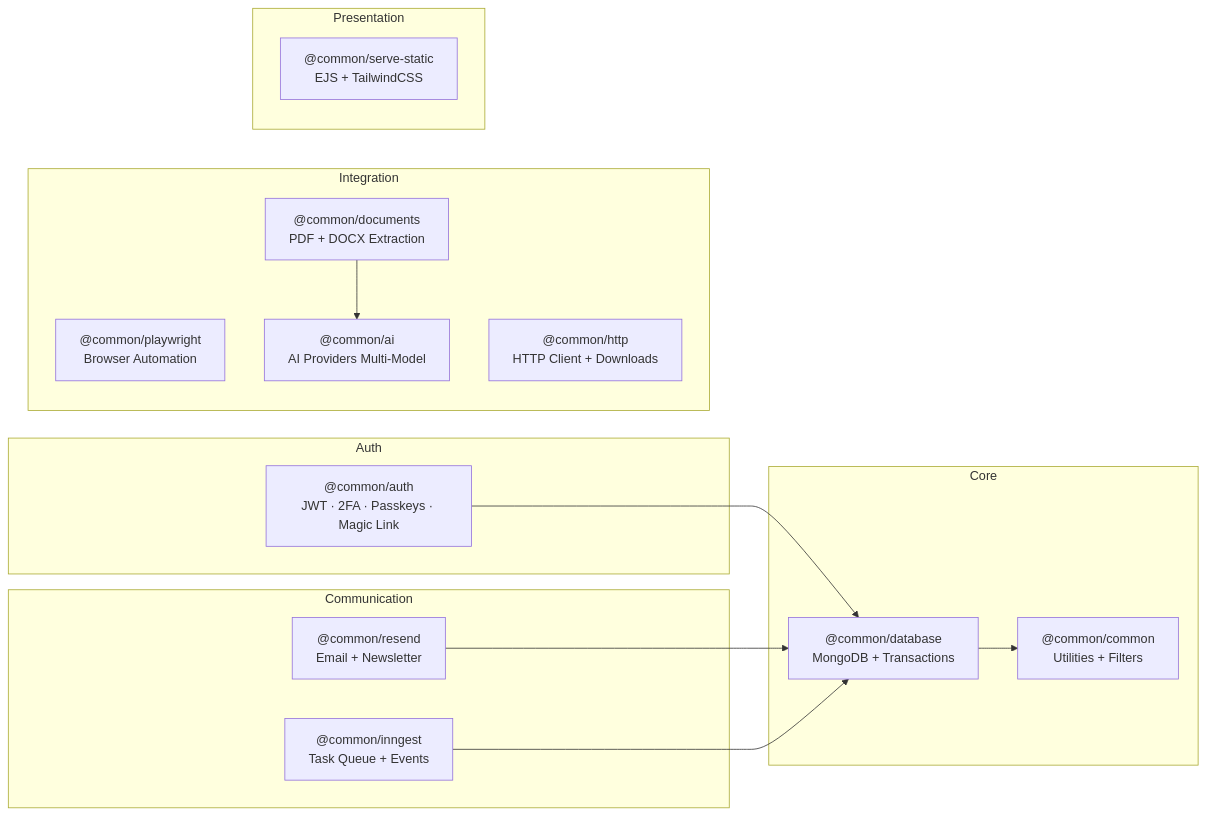
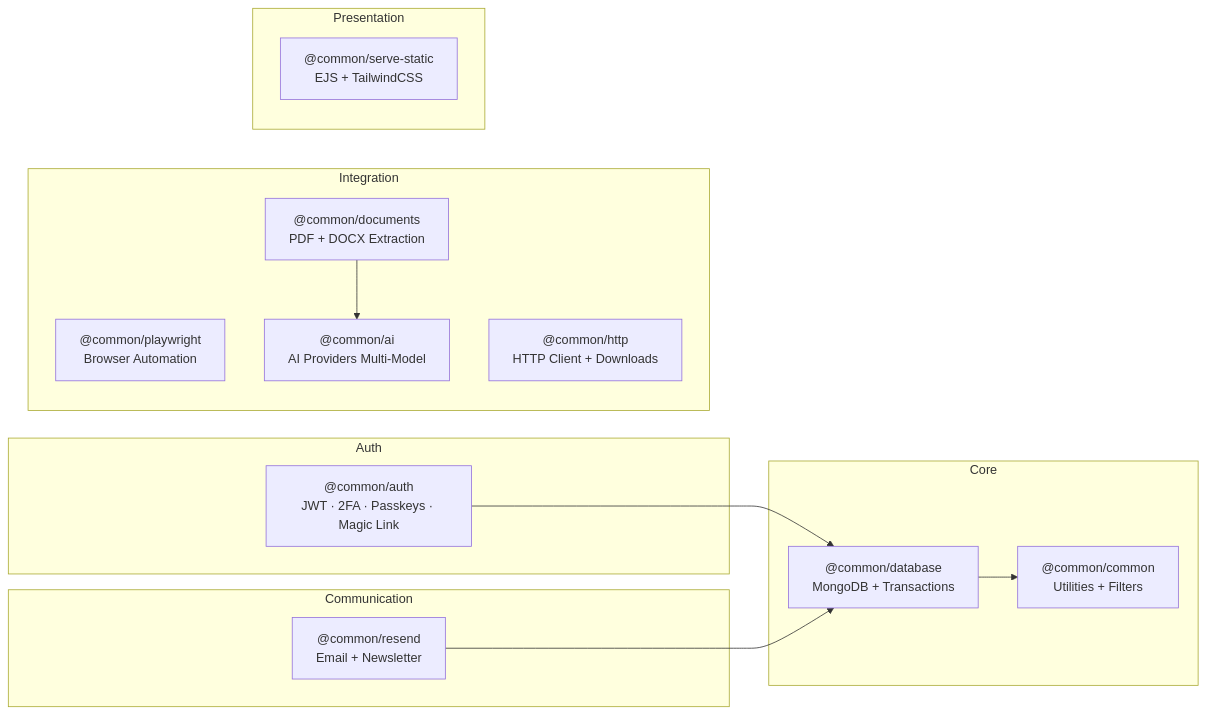
The diagram in DOCUMENTATION-CONVENTION.md (bobrobert13/nestJs-boilerplate), drawn with Mermaid before and after one commit. The commit also changed 41 other files, not shown here.

Commit message:
chore(@common/inngest): remove inngest package and clean up documentation

````diff
--- a/DOCUMENTATION-CONVENTION.md
+++ b/DOCUMENTATION-CONVENTION.md
@@ -135,29 +135,27 @@
 ```mermaid
 graph LR
     subgraph "Core"
         database["@common/database<br/>MongoDB + Transactions"]
         common["@common/common<br/>Utilities + Filters"]
     end
     subgraph "Auth"
         auth["@common/auth<br/>JWT · 2FA · Passkeys · Magic Link"]
     end
     subgraph "Communication"
         resend["@common/resend<br/>Email + Newsletter"]
-        inngest["@common/inngest<br/>Task Queue + Events"]
     end
     subgraph "Integration"
         playwright["@common/playwright<br/>Browser Automation"]
         http["@common/http<br/>HTTP Client + Downloads"]
         ai["@common/ai<br/>AI Providers Multi-Model"]
         documents["@common/documents<br/>PDF + DOCX Extraction"]
     end
     subgraph "Presentation"
         serve-static["@common/serve-static<br/>EJS + TailwindCSS"]
     end
 
     database --> common
     auth --> database
     resend --> database
-    inngest --> database
     documents --> ai
 ```
````
